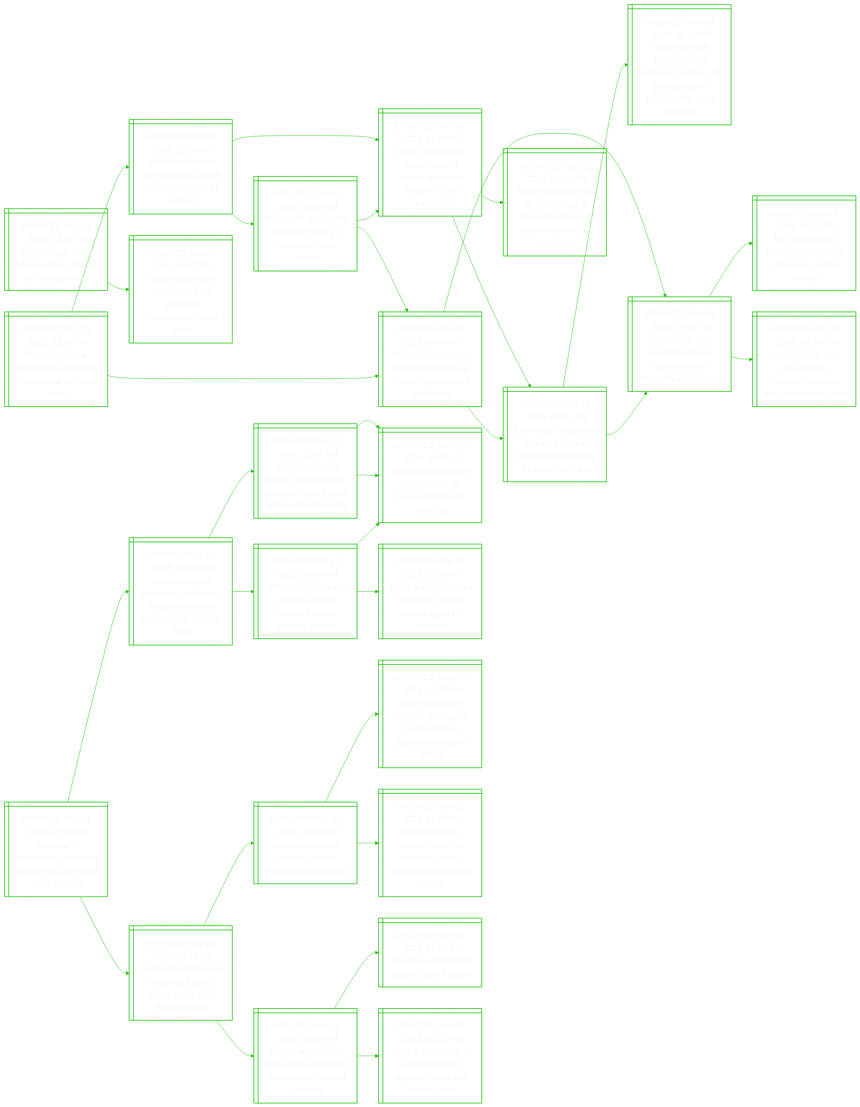
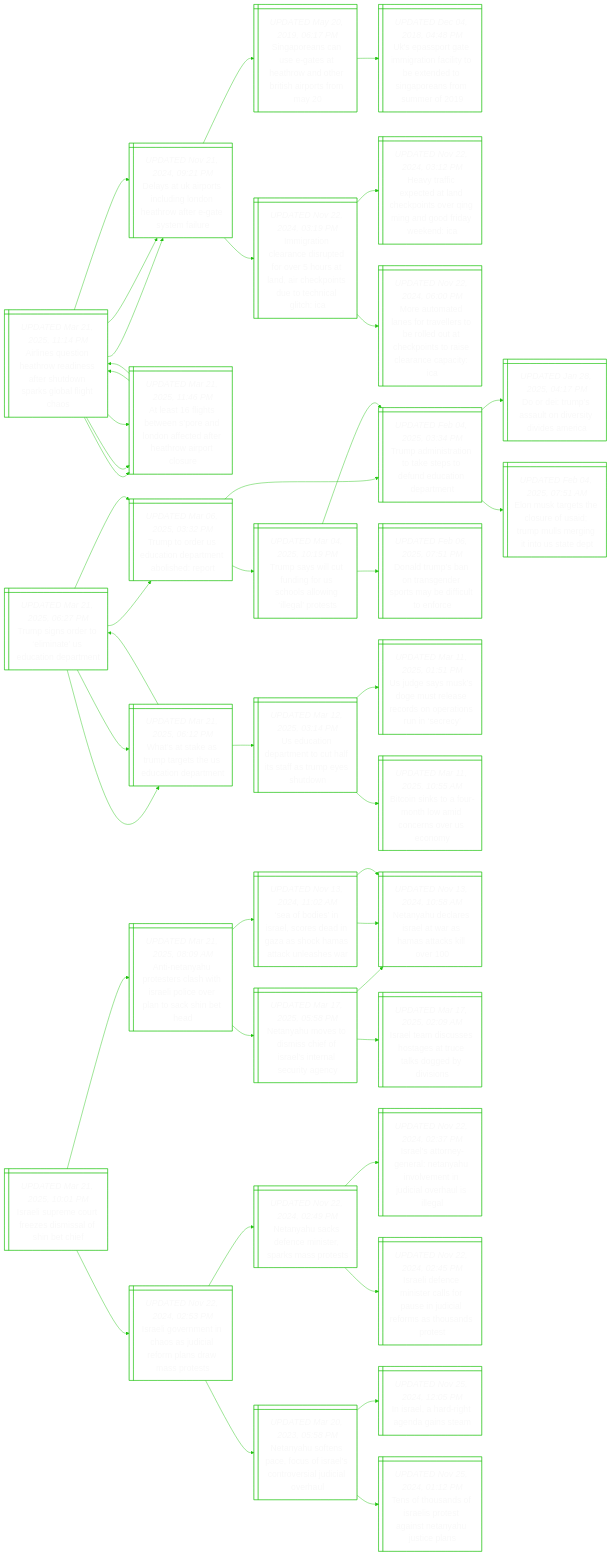
One commit to notJmes/notJmes changed the diagram in README.md. Above: the diagram before and after it, drawn with Mermaid. The commit also changed other lines of this file, not shown here.

```diff
--- a/README.md
+++ b/README.md
@@ -16,61 +16,97 @@
 flowchart LR
 classDef txtsize font-size:20px;
 
-PgtiglsoirC@{ shape: win-pane, label: "_UPDATED Mar 21, 2025, 12:37 PM_
-Pentagon set up briefing for elon musk on potential war with china" }
-Tmwsenaivepe@{ shape: win-pane, label: "_UPDATED Feb 04, 2025, 09:49 AM_
-Trump makes world’s richest man musk a ‘special government employee’" }
+Anenheetunkbih@{ shape: win-pane, label: "_UPDATED Mar 21, 2025, 11:14 PM_
+Airlines question heathrow readiness after shutdown sparks global flight chaos" }
+Dsarcndawreel@{ shape: win-pane, label: "_UPDATED Nov 21, 2024, 09:21 PM_
+Delays at uk airports including london heathrow after e-gate system failure" }
+Spnuathnetitm@{ shape: win-pane, label: "_UPDATED May 20, 2019, 06:17 PM_
+Singaporeans can use e-gates at heathrow and other british airports from may 20" }
+Uaregoitxeiossr@{ shape: win-pane, label: "_UPDATED Dec 04, 2018, 04:48 PM_
+Uk's epassport gate immigration facility to be extended to singaporeans from summer of 2019" }
+Irnrdporsncpsongh@{ shape: win-pane, label: "_UPDATED Nov 22, 2024, 03:19 PM_
+Immigration clearance disrupted for over 5 hours at land, air checkpoints due to technical glitch: ica" }
+HtieadktrMndakC@{ shape: win-pane, label: "_UPDATED Nov 22, 2024, 03:12 PM_
+Heavy traffic expected at land checkpoints over qing ming and good friday weekend: ica" }
+Mutnresrdtktalnpy@{ shape: win-pane, label: "_UPDATED Nov 22, 2024, 06:00 PM_
+More automated lanes for travellers to be rolled out at checkpoints to raise clearance capacity: ica" }
+Asgeneoattawoo@{ shape: win-pane, label: "_UPDATED Mar 21, 2025, 11:46 PM_
+At least 16 flights between s’pore and london affected after heathrow airport closure" }
+Anenheetunkbih@{ shape: win-pane, label: "_UPDATED Mar 21, 2025, 11:14 PM_
+Airlines question heathrow readiness after shutdown sparks global flight chaos" }
+Dsarcndawreel@{ shape: win-pane, label: "_UPDATED Nov 21, 2024, 09:21 PM_
+Delays at uk airports including london heathrow after e-gate system failure" }
+Asgeneoattawoo@{ shape: win-pane, label: "_UPDATED Mar 21, 2025, 11:46 PM_
+At least 16 flights between s’pore and london affected after heathrow airport closure" }
+Anenheetunkbih@{ shape: win-pane, label: "_UPDATED Mar 21, 2025, 11:14 PM_
+Airlines question heathrow readiness after shutdown sparks global flight chaos" }
+Dsarcndawreel@{ shape: win-pane, label: "_UPDATED Nov 21, 2024, 09:21 PM_
+Delays at uk airports including london heathrow after e-gate system failure" }
+Asgeneoattawoo@{ shape: win-pane, label: "_UPDATED Mar 21, 2025, 11:46 PM_
+At least 16 flights between s’pore and london affected after heathrow airport closure" }
+
+Anenheetunkbih:::txtsize --> Dsarcndawreel:::txtsize
+Dsarcndawreel:::txtsize --> Spnuathnetitm:::txtsize
+Spnuathnetitm:::txtsize --> Uaregoitxeiossr:::txtsize
+Dsarcndawreel:::txtsize --> Irnrdporsncpsongh:::txtsize
+Irnrdporsncpsongh:::txtsize --> HtieadktrMndakC:::txtsize
+Irnrdporsncpsongh:::txtsize --> Mutnresrdtktalnpy:::txtsize
+Anenheetunkbih:::txtsize --> Asgeneoattawoo:::txtsize
+Asgeneoattawoo:::txtsize --> Anenheetunkbih:::txtsize
+Anenheetunkbih:::txtsize --> Dsarcndawreel:::txtsize
+Anenheetunkbih:::txtsize --> Asgeneoattawoo:::txtsize
+Asgeneoattawoo:::txtsize --> Anenheetunkbih:::txtsize
+Anenheetunkbih:::txtsize --> Dsarcndawreel:::txtsize
+Anenheetunkbih:::txtsize --> Asgeneoattawoo:::txtsize
+
+Tsotmeuoan@{ shape: win-pane, label: "_UPDATED Mar 21, 2025, 06:27 PM_
+Trump signs order to ‘eliminate’ us education department" }
+Ttedipeoeo@{ shape: win-pane, label: "_UPDATED Mar 06, 2025, 03:32 PM_
+Trump to order us education department abolished: report" }
+Taitostuuoan@{ shape: win-pane, label: "_UPDATED Feb 04, 2025, 03:34 PM_
+Trump administration to take steps to defund education department" }
+DEmsoeyde@{ shape: win-pane, label: "_UPDATED Jan 28, 2025, 04:17 PM_
+Do or dei: trump’s assault on diversity divides america" }
 EurtooimlgtUtt@{ shape: win-pane, label: "_UPDATED Feb 04, 2025, 07:51 AM_
 Elon musk targets the closure of usaid; trump mulls merging it into us state dept" }
-Moasteyelueffari@{ shape: win-pane, label: "_UPDATED Feb 03, 2025, 06:13 PM_
-Musk now has access to vital treasury system, will give update on reform effort amid criticism" }
-MStuamirnasg@{ shape: win-pane, label: "_UPDATED Feb 03, 2025, 09:51 PM_
-More usaid staff ousted as trump administration dismantles aid agency" }
-MStuamirnasg@{ shape: win-pane, label: "_UPDATED Feb 03, 2025, 09:51 PM_
-More usaid staff ousted as trump administration dismantles aid agency" }
-Uuoenidrpri@{ shape: win-pane, label: "_UPDATED Jan 25, 2025, 03:27 PM_
-Us issues broad freeze on foreign aid after trump orders review" }
-Ungseeafseugk@{ shape: win-pane, label: "_UPDATED Jan 30, 2025, 08:29 PM_
-Ukraine aid groups cut services, scramble for cash after us funding shock" }
-WHslslcontns@{ shape: win-pane, label: "_UPDATED Feb 06, 2025, 10:55 AM_
-White house says elon musk will police his own conflicts of interest" }
-Bsolokbnou@{ shape: win-pane, label: "_UPDATED Feb 06, 2025, 08:53 AM_
-Banks sell down $7.5 billion of musk’s x debt to investors: source" }
-MrsoaWnwaeSc@{ shape: win-pane, label: "_UPDATED Feb 06, 2025, 11:09 PM_
-Musk creates new power base in washington with takeover of us agencies" }
-Tmwsenaivepe@{ shape: win-pane, label: "_UPDATED Feb 04, 2025, 09:49 AM_
-Trump makes world’s richest man musk a ‘special government employee’" }
-MrsoaWnwaeSc@{ shape: win-pane, label: "_UPDATED Feb 06, 2025, 11:09 PM_
-Musk creates new power base in washington with takeover of us agencies" }
-TdragnfitirsPd@{ shape: win-pane, label: "_UPDATED Jan 21, 2025, 02:23 PM_
-Trump declares start of ‘golden age of america’ after he is sworn in as 47th us president" }
-EurtooimlgtUtt@{ shape: win-pane, label: "_UPDATED Feb 04, 2025, 07:51 AM_
-Elon musk targets the closure of usaid; trump mulls merging it into us state dept" }
+Tsitirhailps@{ shape: win-pane, label: "_UPDATED Mar 04, 2025, 10:19 PM_
+Trump says will cut funding for us schools allowing ‘illegal’ protests" }
+Ddpondoaiuec@{ shape: win-pane, label: "_UPDATED Feb 06, 2025, 07:51 PM_
+Donald trump’s ban on transgender sports may be difficult to enforce" }
+Taitostuuoan@{ shape: win-pane, label: "_UPDATED Feb 04, 2025, 03:34 PM_
+Trump administration to take steps to defund education department" }
+WakrasSaDt@{ shape: win-pane, label: "_UPDATED Mar 21, 2025, 06:12 PM_
+What’s at stake as trump targets the us education department" }
+Tsotmeuoan@{ shape: win-pane, label: "_UPDATED Mar 21, 2025, 06:27 PM_
+Trump signs order to ‘eliminate’ us education department" }
+Ttedipeoeo@{ shape: win-pane, label: "_UPDATED Mar 06, 2025, 03:32 PM_
+Trump to order us education department abolished: report" }
+WakrasSaDt@{ shape: win-pane, label: "_UPDATED Mar 21, 2025, 06:12 PM_
+What’s at stake as trump targets the us education department" }
+UcnrttiaTehw@{ shape: win-pane, label: "_UPDATED Mar 12, 2025, 03:14 PM_
+Us education department to cut half its staff as trump eyes shutdown" }
+Ugssmeerotrsc@{ shape: win-pane, label: "_UPDATED Mar 11, 2025, 01:51 PM_
+Us judge says musk’s doge must release records on operations run in ‘secrecy’" }
+Bikfoodevem@{ shape: win-pane, label: "_UPDATED Mar 11, 2025, 10:55 AM_
+Bitcoin sinks to a four-month low amid concerns over us economy" }
 
-PgtiglsoirC:::txtsize --> Tmwsenaivepe:::txtsize
-Tmwsenaivepe:::txtsize --> EurtooimlgtUtt:::txtsize
-EurtooimlgtUtt:::txtsize --> Moasteyelueffari:::txtsize
-EurtooimlgtUtt:::txtsize --> MStuamirnasg:::txtsize
-Tmwsenaivepe:::txtsize --> MStuamirnasg:::txtsize
-MStuamirnasg:::txtsize --> Uuoenidrpri:::txtsize
-MStuamirnasg:::txtsize --> Ungseeafseugk:::txtsize
-PgtiglsoirC:::txtsize --> WHslslcontns:::txtsize
-WHslslcontns:::txtsize --> Bsolokbnou:::txtsize
-Bsolokbnou:::txtsize --> MrsoaWnwaeSc:::txtsize
-Bsolokbnou:::txtsize --> Tmwsenaivepe:::txtsize
-WHslslcontns:::txtsize --> MrsoaWnwaeSc:::txtsize
-MrsoaWnwaeSc:::txtsize --> TdragnfitirsPd:::txtsize
-MrsoaWnwaeSc:::txtsize --> EurtooimlgtUtt:::txtsize
+Tsotmeuoan:::txtsize --> Ttedipeoeo:::txtsize
+Ttedipeoeo:::txtsize --> Taitostuuoan:::txtsize
+Taitostuuoan:::txtsize --> DEmsoeyde:::txtsize
+Taitostuuoan:::txtsize --> EurtooimlgtUtt:::txtsize
+Ttedipeoeo:::txtsize --> Tsitirhailps:::txtsize
+Tsitirhailps:::txtsize --> Ddpondoaiuec:::txtsize
+Tsitirhailps:::txtsize --> Taitostuuoan:::txtsize
+Tsotmeuoan:::txtsize --> WakrasSaDt:::txtsize
+WakrasSaDt:::txtsize --> Tsotmeuoan:::txtsize
+Tsotmeuoan:::txtsize --> Ttedipeoeo:::txtsize
+Tsotmeuoan:::txtsize --> WakrasSaDt:::txtsize
+WakrasSaDt:::txtsize --> UcnrttiaTehw:::txtsize
+UcnrttiaTehw:::txtsize --> Ugssmeerotrsc:::txtsize
+UcnrttiaTehw:::txtsize --> Bikfoodevem:::txtsize
 
-Iaenleonkol@{ shape: win-pane, label: "_UPDATED Mar 21, 2025, 12:10 PM_
-Italian paper prints fully ai edition, but not to ‘kill’ journalism" }
-Glescoodrrts@{ shape: win-pane, label: "_UPDATED Jun 17, 2024, 06:57 PM_
-Global audiences suspicious of ai-powered newsrooms, report finds" }
-
-Iaenleonkol:::txtsize --> Glescoodrrts:::txtsize
-
-NyompeiSedps@{ shape: win-pane, label: "_UPDATED Mar 21, 2025, 07:48 PM_
-Netanyahu government approves firing of shin bet head amid protests" }
+Ilrorsionh@{ shape: win-pane, label: "_UPDATED Mar 21, 2025, 10:01 PM_
+Israeli supreme court freezes dismissal of shin bet chief" }
 Aeaoeataoolsht@{ shape: win-pane, label: "_UPDATED Mar 21, 2025, 08:09 AM_
 Anti-netanyahu protesters clash with israeli police over plan to sack shin bet head" }
 NyooiiIlesie@{ shape: win-pane, label: "_UPDATED Mar 17, 2025, 05:58 PM_
@@ -100,14 +136,14 @@
 Tfsoapsieasp@{ shape: win-pane, label: "_UPDATED Nov 25, 2024, 01:12 PM_
 Tens of thousands of israelis protest against netanyahu justice plans" }
 
-NyompeiSedps:::txtsize --> Aeaoeataoolsht:::txtsize
+Ilrorsionh:::txtsize --> Aeaoeataoolsht:::txtsize
 Aeaoeataoolsht:::txtsize --> NyooiiIlesie:::txtsize
 NyooiiIlesie:::txtsize --> NyeeawHakl:::txtsize
 NyooiiIlesie:::txtsize --> Ildsoeraobis:::txtsize
 Aeaoeataoolsht:::txtsize --> Sbsrcdnacaale:::txtsize
 Sbsrcdnacaale:::txtsize --> NyeeawHakl:::txtsize
 Sbsrcdnacaale:::txtsize --> NyeeawHakl:::txtsize
-NyompeiSedps:::txtsize --> Ilenhscepdaos:::txtsize
+Ilrorsionh:::txtsize --> Ilenhscepdaos:::txtsize
 Ilenhscepdaos:::txtsize --> Nyaeespmrt:::txtsize
 Nyaeespmrt:::txtsize --> IloGaaulnuarie:::txtsize
 Nyaeespmrt:::txtsize --> Ileielpiirmhno:::txtsize
```
